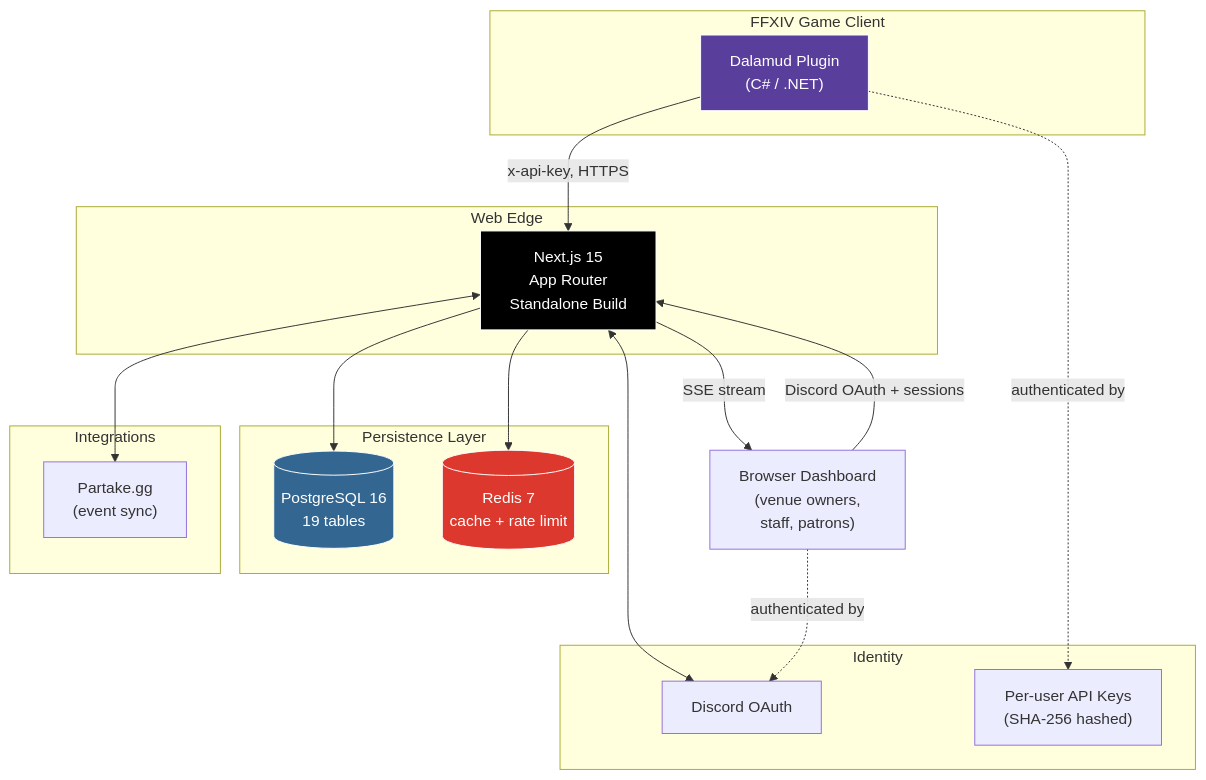
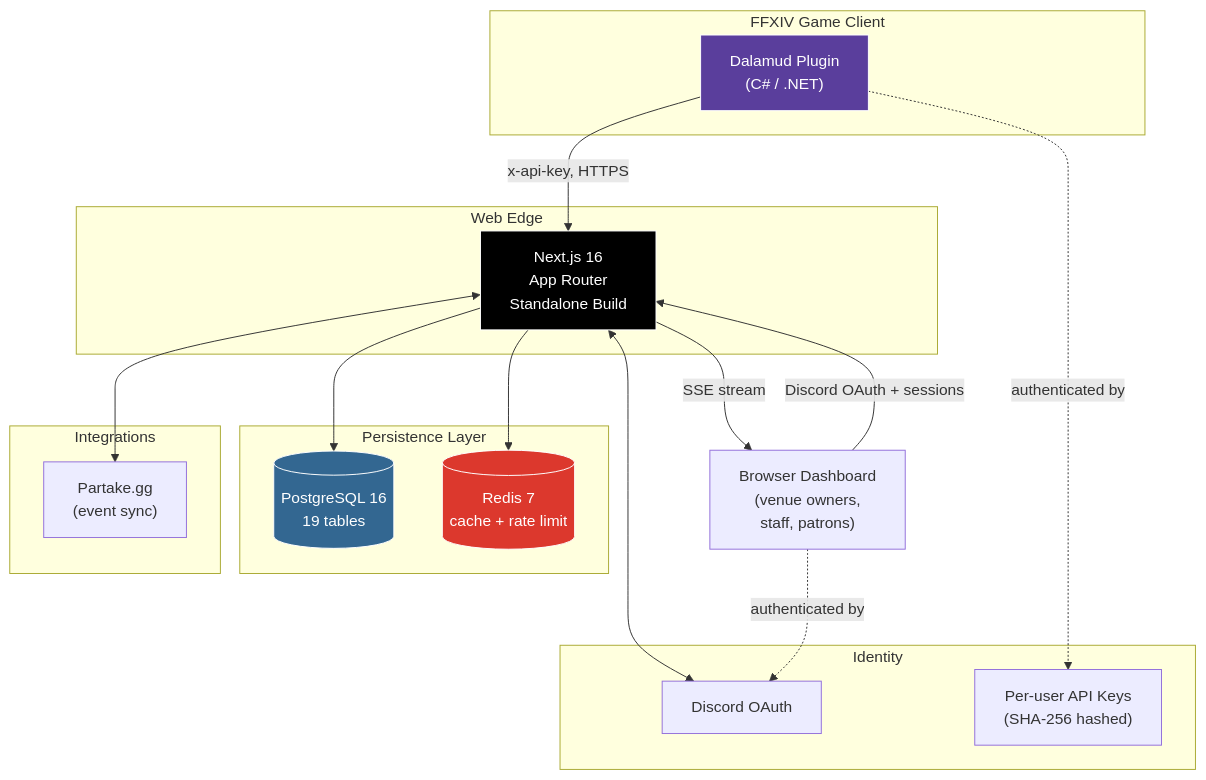
The diagram in CASE_STUDY.md (BluntEXE/ffxiv-venue-manager), drawn with Mermaid before and after one commit. The commit also changed other lines of this file and 1 other file, not shown here.

````diff
--- a/CASE_STUDY.md
+++ b/CASE_STUDY.md
@@ -88,41 +88,41 @@
 ```mermaid
 graph TB
     subgraph Game["FFXIV Game Client"]
         Plugin["Dalamud Plugin<br/>(C# / .NET)"]
     end
 
     subgraph Edge["Web Edge"]
-        Next["Next.js 15<br/>App Router<br/>Standalone Build"]
+        Next["Next.js 16<br/>App Router<br/>Standalone Build"]
     end
 
     subgraph Data["Persistence Layer"]
         PG[("PostgreSQL 16<br/>19 tables")]
         Redis[("Redis 7<br/>cache + rate limit")]
     end
 
     subgraph Auth["Identity"]
         Discord["Discord OAuth"]
         APIKey["Per-user API Keys<br/>(SHA-256 hashed)"]
     end
 
     subgraph External["Integrations"]
         Partake["Partake.gg<br/>(event sync)"]
     end
 
     Browser["Browser Dashboard<br/>(venue owners,<br/>staff, patrons)"]
 
     Plugin -- "x-api-key, HTTPS" --> Next
     Browser -- "Discord OAuth + sessions" --> Next
     Next --> PG
     Next --> Redis
     Next -- "SSE stream" --> Browser
     Next <--> Discord
     Plugin -.->|authenticated by| APIKey
     Browser -.->|authenticated by| Discord
     Next <--> Partake
 
     style Plugin fill:#5a3e9c,stroke:#fff,color:#fff
     style Next fill:#000,stroke:#fff,color:#fff
     style PG fill:#336791,stroke:#fff,color:#fff
     style Redis fill:#dc382d,stroke:#fff,color:#fff
 ```
````
